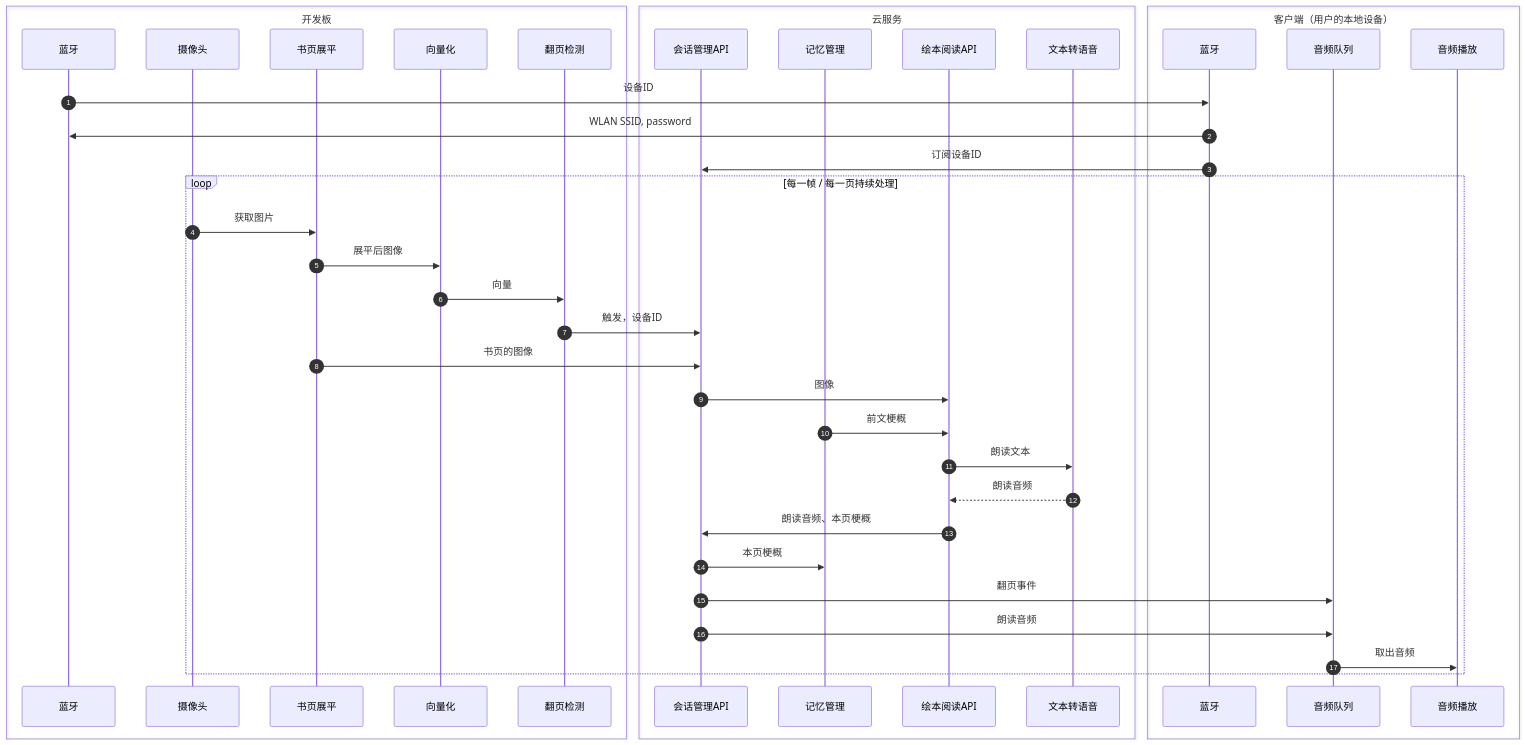
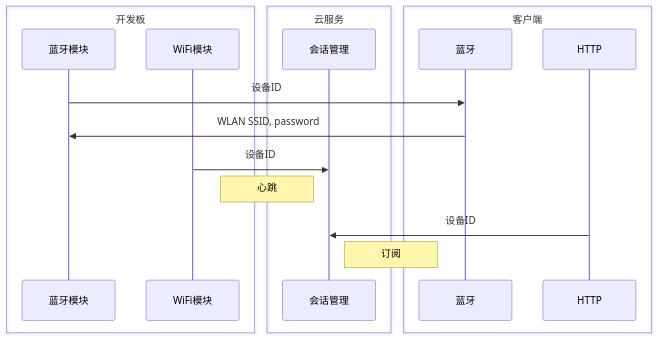
One commit to Jerry-Wu-GitHub/picture_book_reading changed the first of 7 diagrams in README.md. Above: the diagram before and after it, drawn with Mermaid. The commit also changed other lines of this file and 1 other file, not shown here.

````diff
--- a/README.md
+++ b/README.md
@@ -5,50 +15,24 @@
 ```mermaid
 sequenceDiagram
-    autonumber
 
     box 开发板
-    	participant bluetooth as 蓝牙
-        participant camera as 摄像头
-        participant book_flatten as 书页展平
-        participant vectorization as 向量化
-        participant detect_page_turning as 翻页检测
+    	participant bluetooth as 蓝牙模块
+    	participant wlan as WiFi模块
     end
 
     box 云服务
-        participant session as 会话管理API
-        participant memory as 记忆管理
-        participant picture_book_reading as 绘本阅读API
-        participant TTS as 文本转语音
+        participant session as 会话管理
     end
 
-    box 客户端（用户的本地设备）
+    box 客户端
     	participant bleak as 蓝牙
-        participant audio_queue as 音频队列
-        participant audio_player as 音频播放
+    	participant http as HTTP
     end
 
 	bluetooth ->> bleak: 设备ID
 	bleak ->> bluetooth: WLAN SSID, password
-	bleak ->> session: 订阅设备ID
-
-    loop 每一帧 / 每一页持续处理
-        camera ->> book_flatten: 获取图片
-        book_flatten ->> vectorization: 展平后图像
-        vectorization ->> detect_page_turning: 向量
-
-        detect_page_turning ->> session: 触发，设备ID
-        book_flatten ->> session: 书页的图像
-        session ->> picture_book_reading: 图像
-
-        memory ->> picture_book_reading: 前文梗概
-        picture_book_reading ->> TTS: 朗读文本
-        TTS -->> picture_book_reading: 朗读音频
-
-        picture_book_reading ->> session: 朗读音频、本页梗概
-        session ->> memory: 本页梗概
-		session ->> audio_queue: 翻页事件
-        session ->> audio_queue: 朗读音频
-
-        audio_queue ->> audio_player: 取出音频
-    end
+	wlan ->> session: 设备ID
+	Note left of session: 心跳
+	http ->> session: 设备ID
+	Note right of session: 订阅
 ```
````
